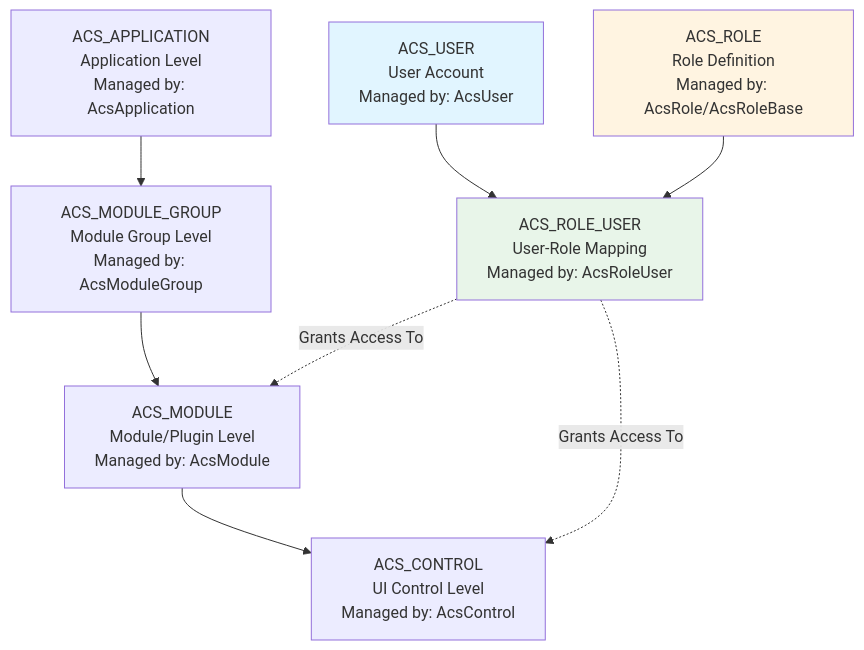
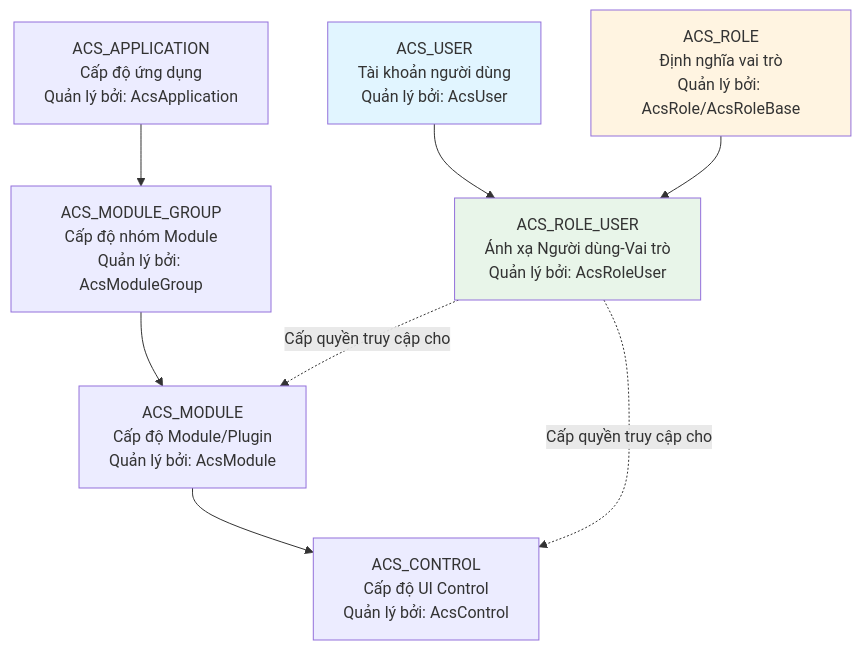
The second of 16 diagrams in docs/his-ba-documentation/03-business-domains/administration/access-control.md (thangpnb/HIS), drawn with Mermaid before and after one commit. The commit also changed other lines of this file and 30 other files, not shown here.

Commit message:
Refactor architecture docs and update translations

````diff
--- a/docs/his-ba-documentation/03-business-domains/administration/access-control.md
+++ b/docs/his-ba-documentation/03-business-domains/administration/access-control.md
@@ -73,24 +73,24 @@
 ```mermaid
 graph TD
-    App["ACS_APPLICATION<br/>Application Level<br/>Managed by: AcsApplication"]
-    ModuleGroup["ACS_MODULE_GROUP<br/>Module Group Level<br/>Managed by: AcsModuleGroup"]
-    Module["ACS_MODULE<br/>Module/Plugin Level<br/>Managed by: AcsModule"]
-    Control["ACS_CONTROL<br/>UI Control Level<br/>Managed by: AcsControl"]
+    App["ACS_APPLICATION<br/>Cấp độ ứng dụng<br/>Quản lý bởi: AcsApplication"]
+    ModuleGroup["ACS_MODULE_GROUP<br/>Cấp độ nhóm Module<br/>Quản lý bởi: AcsModuleGroup"]
+    Module["ACS_MODULE<br/>Cấp độ Module/Plugin<br/>Quản lý bởi: AcsModule"]
+    Control["ACS_CONTROL<br/>Cấp độ UI Control<br/>Quản lý bởi: AcsControl"]
     
-    User["ACS_USER<br/>User Account<br/>Managed by: AcsUser"]
-    Role["ACS_ROLE<br/>Role Definition<br/>Managed by: AcsRole/AcsRoleBase"]
-    RoleUser["ACS_ROLE_USER<br/>User-Role Mapping<br/>Managed by: AcsRoleUser"]
+    User["ACS_USER<br/>Tài khoản người dùng<br/>Quản lý bởi: AcsUser"]
+    Role["ACS_ROLE<br/>Định nghĩa vai trò<br/>Quản lý bởi: AcsRole/AcsRoleBase"]
+    RoleUser["ACS_ROLE_USER<br/>Ánh xạ Người dùng-Vai trò<br/>Quản lý bởi: AcsRoleUser"]
     
     App --> ModuleGroup
     ModuleGroup --> Module
     Module --> Control
     
     User --> RoleUser
     Role --> RoleUser
-    RoleUser -.->|Grants Access To| Module
-    RoleUser -.->|Grants Access To| Control
+    RoleUser -.->|Cấp quyền truy cập cho| Module
+    RoleUser -.->|Cấp quyền truy cập cho| Control
     
     style User fill:#e1f5ff
     style Role fill:#fff4e1
     style RoleUser fill:#e8f5e9
 ```
````
